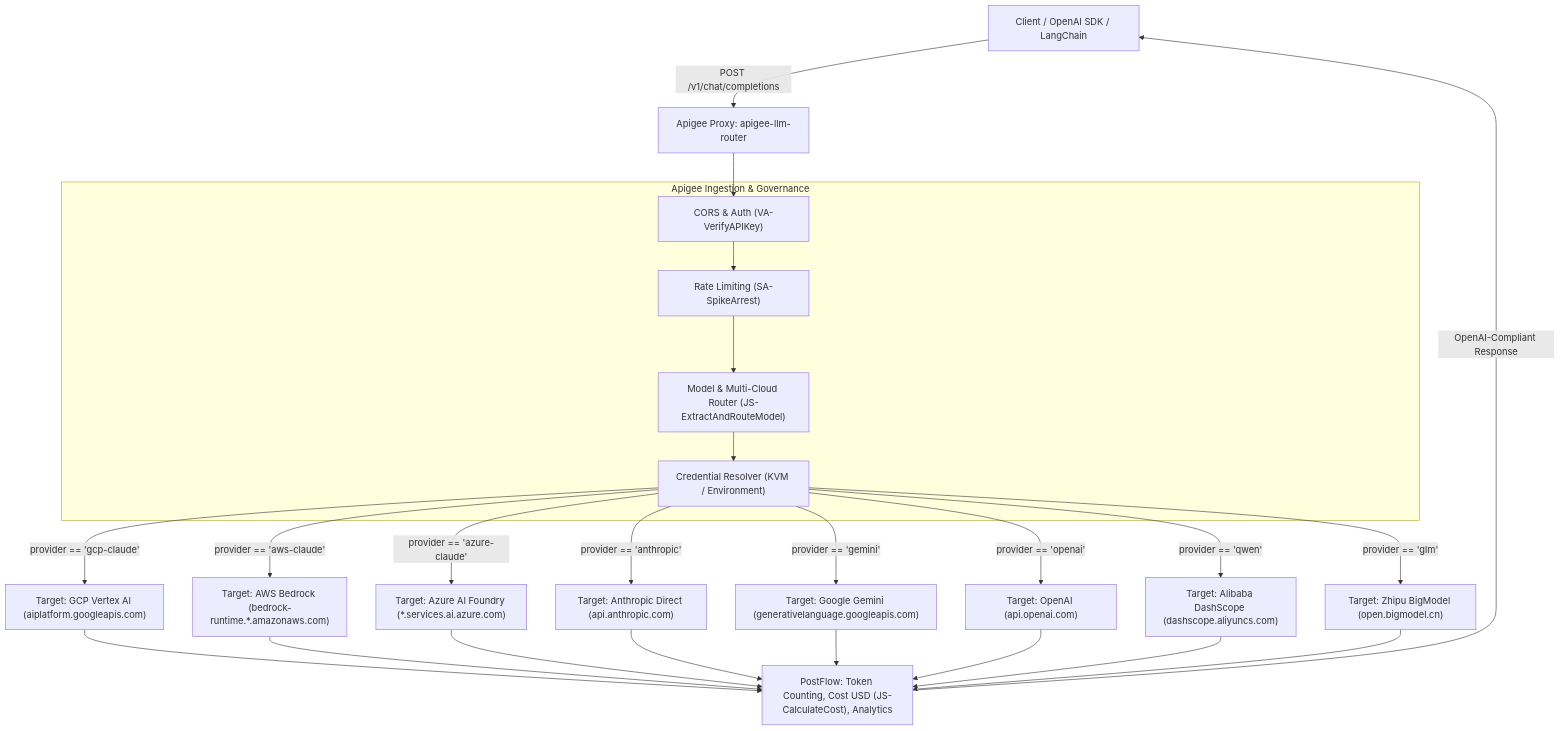
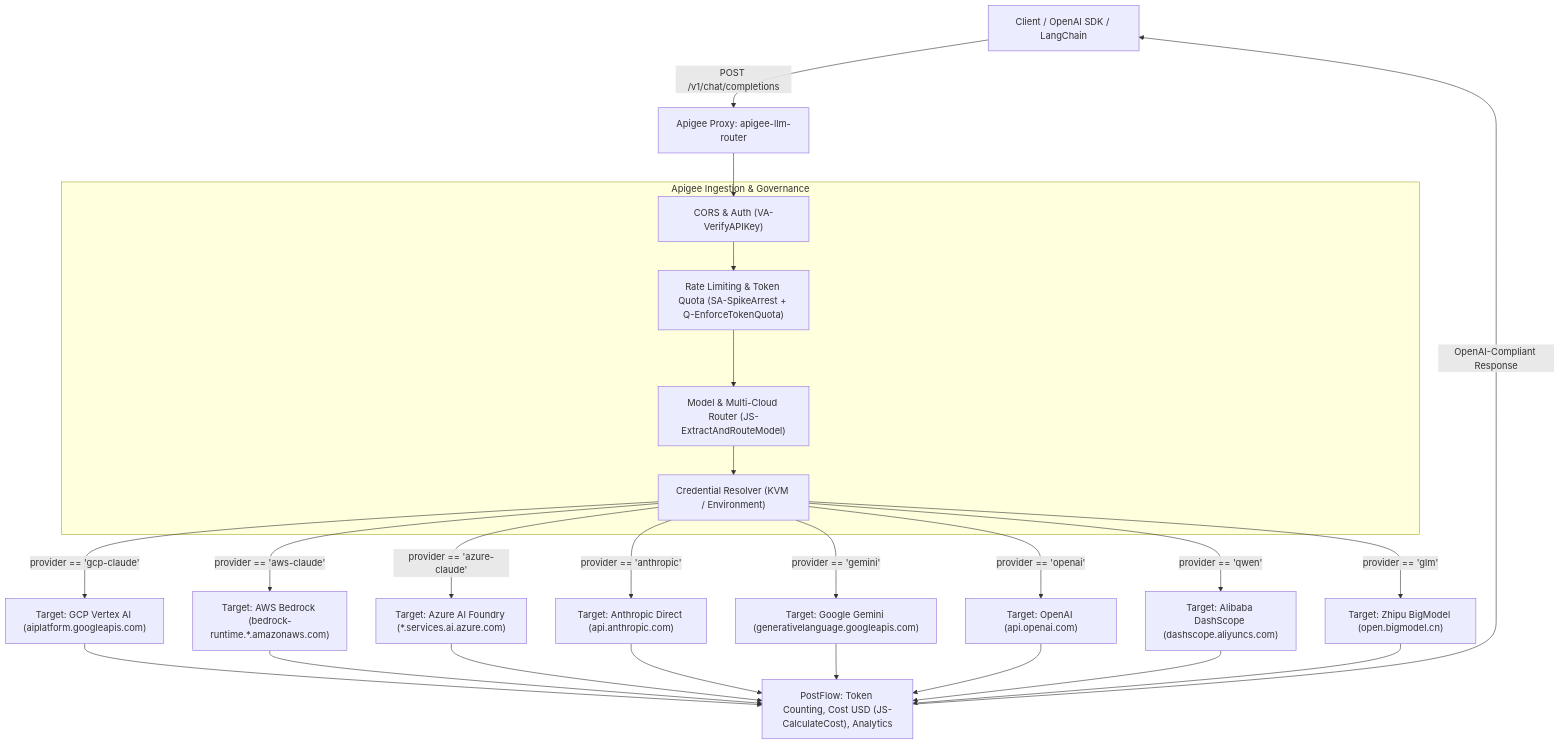
One commit to maloosatyam-google/apigee-llm-router changed the diagram in README.md. Above: the diagram before and after it, drawn with Mermaid. The commit also changed other lines of this file and 6 other files, not shown here.

Commit message:
feat: add Q-EnforceTokenQuota policy for token-weighted usage limits

````diff
--- a/README.md
+++ b/README.md
@@ -16,33 +16,33 @@
 ```mermaid
 flowchart TD
     Client["Client / OpenAI SDK / LangChain"] -->|POST /v1/chat/completions| Apigee["Apigee Proxy: apigee-llm-router"]
     
     subgraph Apigee Ingestion & Governance
         CORS["CORS & Auth (VA-VerifyAPIKey)"]
-        RateLimit["Rate Limiting (SA-SpikeArrest)"]
+        RateLimit["Rate Limiting & Token Quota (SA-SpikeArrest + Q-EnforceTokenQuota)"]
         Router["Model & Multi-Cloud Router (JS-ExtractAndRouteModel)"]
         Creds["Credential Resolver (KVM / Environment)"]
     end
     
     Apigee --> CORS --> RateLimit --> Router --> Creds
 
     Creds -->|provider == 'gcp-claude'| T_GCP["Target: GCP Vertex AI (aiplatform.googleapis.com)"]
     Creds -->|provider == 'aws-claude'| T_AWS["Target: AWS Bedrock (bedrock-runtime.*.amazonaws.com)"]
     Creds -->|provider == 'azure-claude'| T_Azure["Target: Azure AI Foundry (*.services.ai.azure.com)"]
     Creds -->|provider == 'anthropic'| T_Anthropic["Target: Anthropic Direct (api.anthropic.com)"]
     Creds -->|provider == 'openai'| T_OpenAI["Target: OpenAI (api.openai.com)"]
     Creds -->|provider == 'gemini'| T_Gemini["Target: Google Gemini (generativelanguage.googleapis.com)"]
     Creds -->|provider == 'qwen'| T_Qwen["Target: Alibaba DashScope (dashscope.aliyuncs.com)"]
     Creds -->|provider == 'glm'| T_GLM["Target: Zhipu BigModel (open.bigmodel.cn)"]
 
     T_GCP --> PostFlow["PostFlow: Token Counting, Cost USD (JS-CalculateCost), Analytics"]
     T_AWS --> PostFlow
     T_Azure --> PostFlow
     T_Anthropic --> PostFlow
     T_Gemini --> PostFlow
     T_OpenAI --> PostFlow
     T_Qwen --> PostFlow
     T_GLM --> PostFlow
 
     PostFlow -->|OpenAI-Compliant Response| Client
 ```
````
